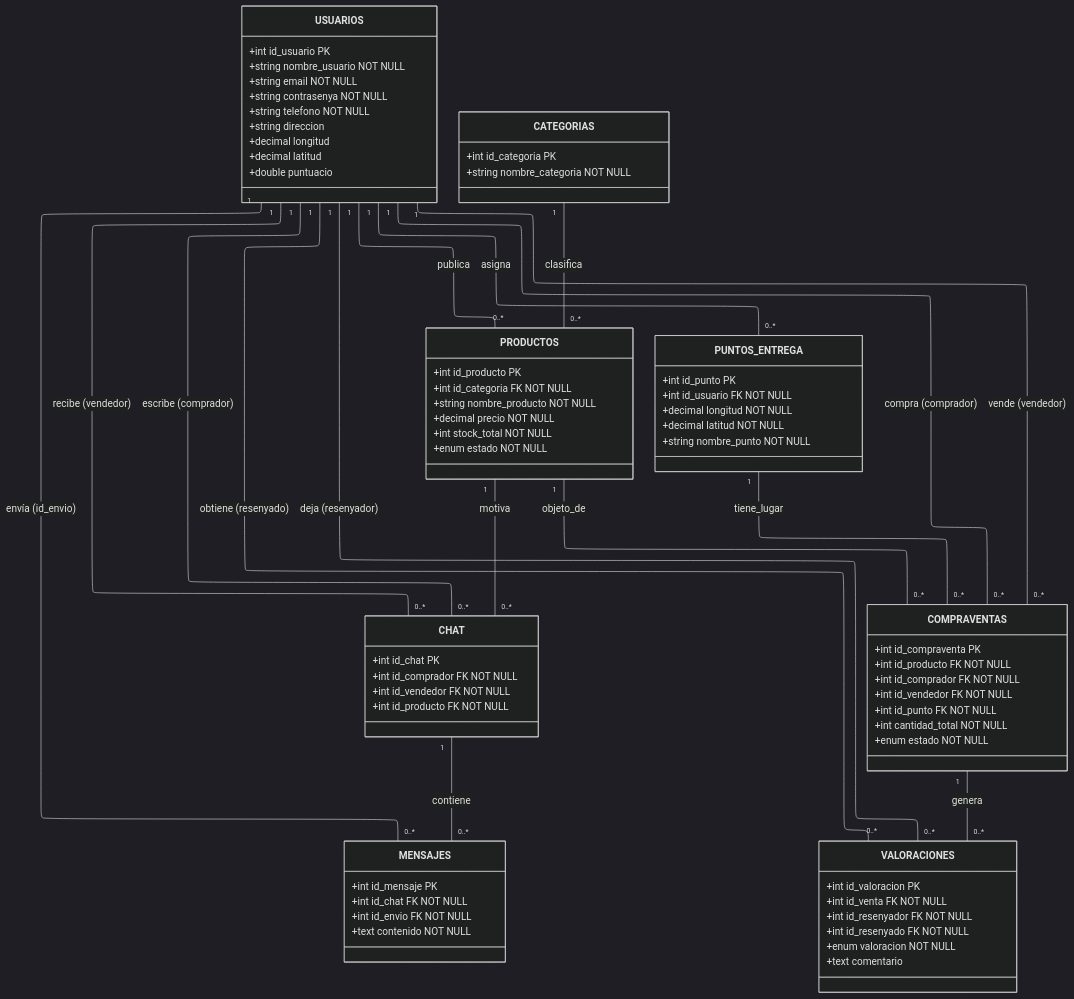
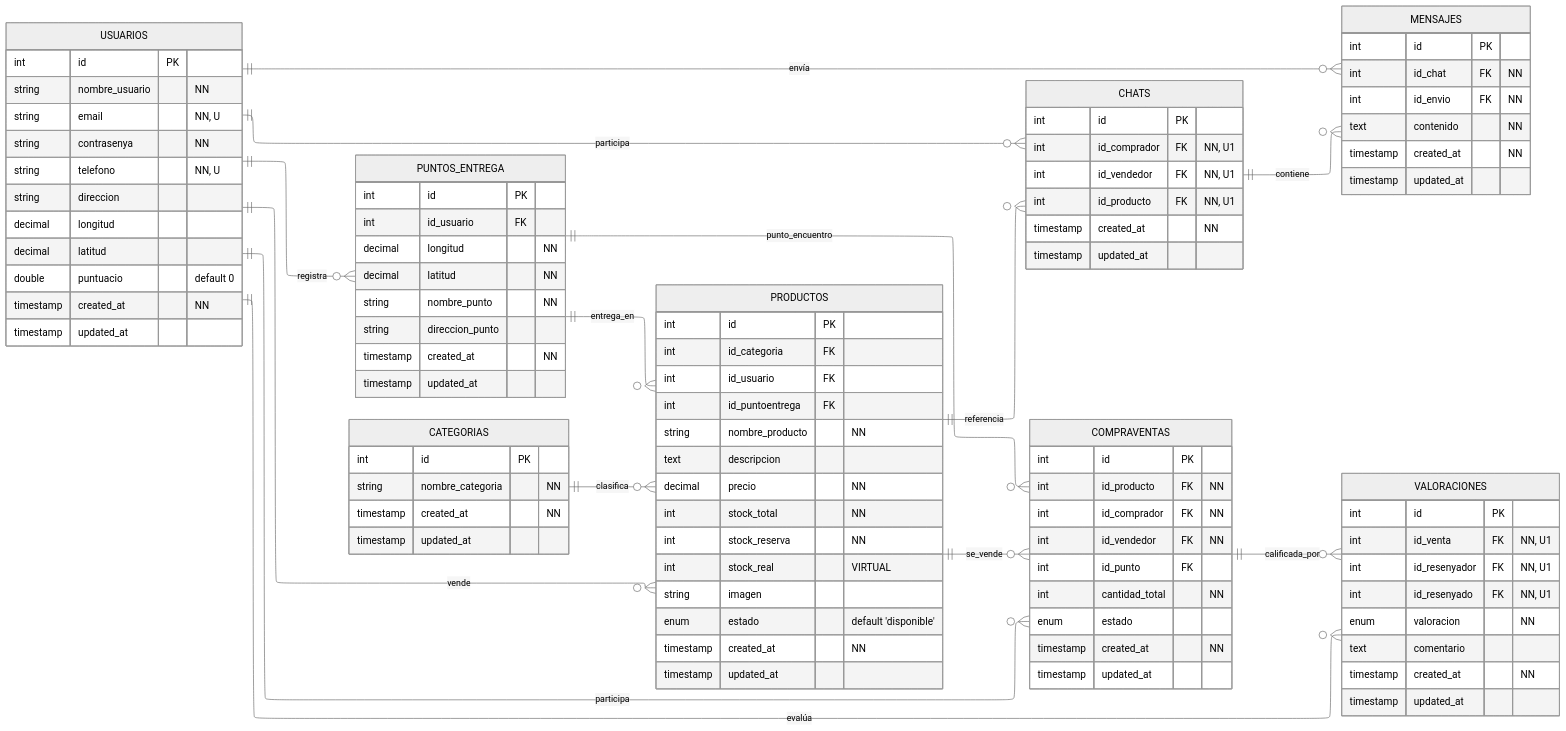
The diagram in diagrama_mermaid/diagrama.mmd (elimarmon/proxi-markt), drawn with Mermaid before and after one commit. The commit also changed 12 other files, not shown here.

```diff
--- a/diagrama_mermaid/diagrama.mmd
+++ b/diagrama_mermaid/diagrama.mmd
@@ -1,89 +1,110 @@
 ---
 config:
   layout: elk
-  theme: dark
+  theme: neutral
 ---
-classDiagram
-direction TB
-    class USUARIOS {
-	    +int id_usuario PK
-	    +string nombre_usuario NOT NULL
-	    +string email NOT NULL
-	    +string contrasenya NOT NULL
-	    +string telefono NOT NULL
-	    +string direccion
-	    +decimal longitud
-	    +decimal latitud
-	    +double puntuacio
-    }
+erDiagram
+	direction LR
+	USUARIOS {
+		int id PK ""  
+		string nombre_usuario  "NN"  
+		string email  "NN, U"  
+		string contrasenya  "NN"  
+		string telefono  "NN, U"  
+		string direccion  ""  
+		decimal longitud  ""  
+		decimal latitud  ""  
+		double puntuacio  "default 0"  
+		timestamp created_at  "NN"  
+		timestamp updated_at  ""  
+	}
 
-    class CATEGORIAS {
-	    +int id_categoria PK
-	    +string nombre_categoria NOT NULL
-    }
+	PUNTOS_ENTREGA {
+		int id PK ""  
+		int id_usuario FK ""  
+		decimal longitud  "NN"  
+		decimal latitud  "NN"  
+		string nombre_punto  "NN"  
+		string direccion_punto  ""  
+		timestamp created_at  "NN"  
+		timestamp updated_at  ""  
+	}
 
-    class PRODUCTOS {
-	    +int id_producto PK
-	    +int id_categoria FK NOT NULL
-	    +string nombre_producto NOT NULL
-	    +decimal precio NOT NULL
-	    +int stock_total NOT NULL
-	    +enum estado NOT NULL
-    }
+	PRODUCTOS {
+		int id PK ""  
+		int id_categoria FK ""  
+		int id_usuario FK ""  
+		int id_puntoentrega FK ""  
+		string nombre_producto  "NN"  
+		text descripcion  ""  
+		decimal precio  "NN"  
+		int stock_total  "NN"  
+		int stock_reserva  "NN"  
+		int stock_real  "VIRTUAL"  
+		string imagen  ""  
+		enum estado  "default 'disponible'"  
+		timestamp created_at  "NN"  
+		timestamp updated_at  ""  
+	}
 
-    class CHAT {
-	    +int id_chat PK
-	    +int id_comprador FK NOT NULL
-	    +int id_vendedor FK NOT NULL
-	    +int id_producto FK NOT NULL
-    }
+	CHATS {
+		int id PK ""  
+		int id_comprador FK "NN, U1"  
+		int id_vendedor FK "NN, U1"  
+		int id_producto FK "NN, U1"  
+		timestamp created_at  "NN"  
+		timestamp updated_at  ""  
+	}
 
-    class MENSAJES {
-	    +int id_mensaje PK
-	    +int id_chat FK NOT NULL
-	    +int id_envio FK NOT NULL
-	    +text contenido NOT NULL
-    }
+	MENSAJES {
+		int id PK ""  
+		int id_chat FK "NN"  
+		int id_envio FK "NN"  
+		text contenido  "NN"  
+		timestamp created_at  "NN"  
+		timestamp updated_at  ""  
+	}
 
-    class PUNTOS_ENTREGA {
-	    +int id_punto PK
-	    +int id_usuario FK NOT NULL
-	    +decimal longitud NOT NULL
-	    +decimal latitud NOT NULL
-	    +string nombre_punto NOT NULL
-    }
+	COMPRAVENTAS {
+		int id PK ""  
+		int id_producto FK "NN"  
+		int id_comprador FK "NN"  
+		int id_vendedor FK "NN"  
+		int id_punto FK ""  
+		int cantidad_total  "NN"  
+		enum estado  ""  
+		timestamp created_at  "NN"  
+		timestamp updated_at  ""  
+	}
 
-    class COMPRAVENTAS {
-	    +int id_compraventa PK
-	    +int id_producto FK NOT NULL
-	    +int id_comprador FK NOT NULL
-	    +int id_vendedor FK NOT NULL
-	    +int id_punto FK NOT NULL
-	    +int cantidad_total NOT NULL
-	    +enum estado NOT NULL
-    }
+	VALORACIONES {
+		int id PK ""  
+		int id_venta FK "NN, U1"  
+		int id_resenyador FK "NN, U1"  
+		int id_resenyado FK "NN, U1"  
+		enum valoracion  "NN"  
+		text comentario  ""  
+		timestamp created_at  "NN"  
+		timestamp updated_at  ""  
+	}
 
-    class VALORACIONES {
-	    +int id_valoracion PK
-	    +int id_venta FK NOT NULL
-	    +int id_resenyador FK NOT NULL
-	    +int id_resenyado FK NOT NULL
-	    +enum valoracion NOT NULL
-	    +text comentario
-    }
+	CATEGORIAS {
+		int id PK ""  
+		string nombre_categoria  "NN"  
+		timestamp created_at  "NN"  
+		timestamp updated_at  ""  
+	}
 
-    USUARIOS "1" -- "0..*" PRODUCTOS : publica
-    CATEGORIAS "1" -- "0..*" PRODUCTOS : clasifica
-    USUARIOS "1" -- "0..*" PUNTOS_ENTREGA : asigna
-    USUARIOS "1" -- "0..*" CHAT : escribe (comprador)
-    USUARIOS "1" -- "0..*" CHAT : recibe (vendedor)
-    PRODUCTOS "1" -- "0..*" CHAT : motiva
-    CHAT "1" -- "0..*" MENSAJES : contiene
-    USUARIOS "1" -- "0..*" MENSAJES : envía (id_envio)
-    USUARIOS "1" -- "0..*" COMPRAVENTAS : compra (comprador)
-    USUARIOS "1" -- "0..*" COMPRAVENTAS : vende (vendedor)
-    PRODUCTOS "1" -- "0..*" COMPRAVENTAS : objeto_de
-    PUNTOS_ENTREGA "1" -- "0..*" COMPRAVENTAS : tiene_lugar
-    COMPRAVENTAS "1" -- "0..*" VALORACIONES : genera
-    USUARIOS "1" -- "0..*" VALORACIONES : deja (resenyador)
-    USUARIOS "1" -- "0..*" VALORACIONES : obtiene (resenyado)
+	USUARIOS||--o{PUNTOS_ENTREGA:"registra"
+	USUARIOS||--o{PRODUCTOS:"vende"
+	USUARIOS||--o{CHATS:"participa"
+	USUARIOS||--o{MENSAJES:"envía"
+	USUARIOS||--o{COMPRAVENTAS:"participa"
+	USUARIOS||--o{VALORACIONES:"evalúa"
+	CATEGORIAS||--o{PRODUCTOS:"clasifica"
+	PUNTOS_ENTREGA||--o{PRODUCTOS:"entrega_en"
+	PUNTOS_ENTREGA||--o{COMPRAVENTAS:"punto_encuentro"
+	PRODUCTOS||--o{CHATS:"referencia"
+	PRODUCTOS||--o{COMPRAVENTAS:"se_vende"
+	CHATS||--o{MENSAJES:"contiene"
+	COMPRAVENTAS||--o{VALORACIONES:"calificada_por"
```
